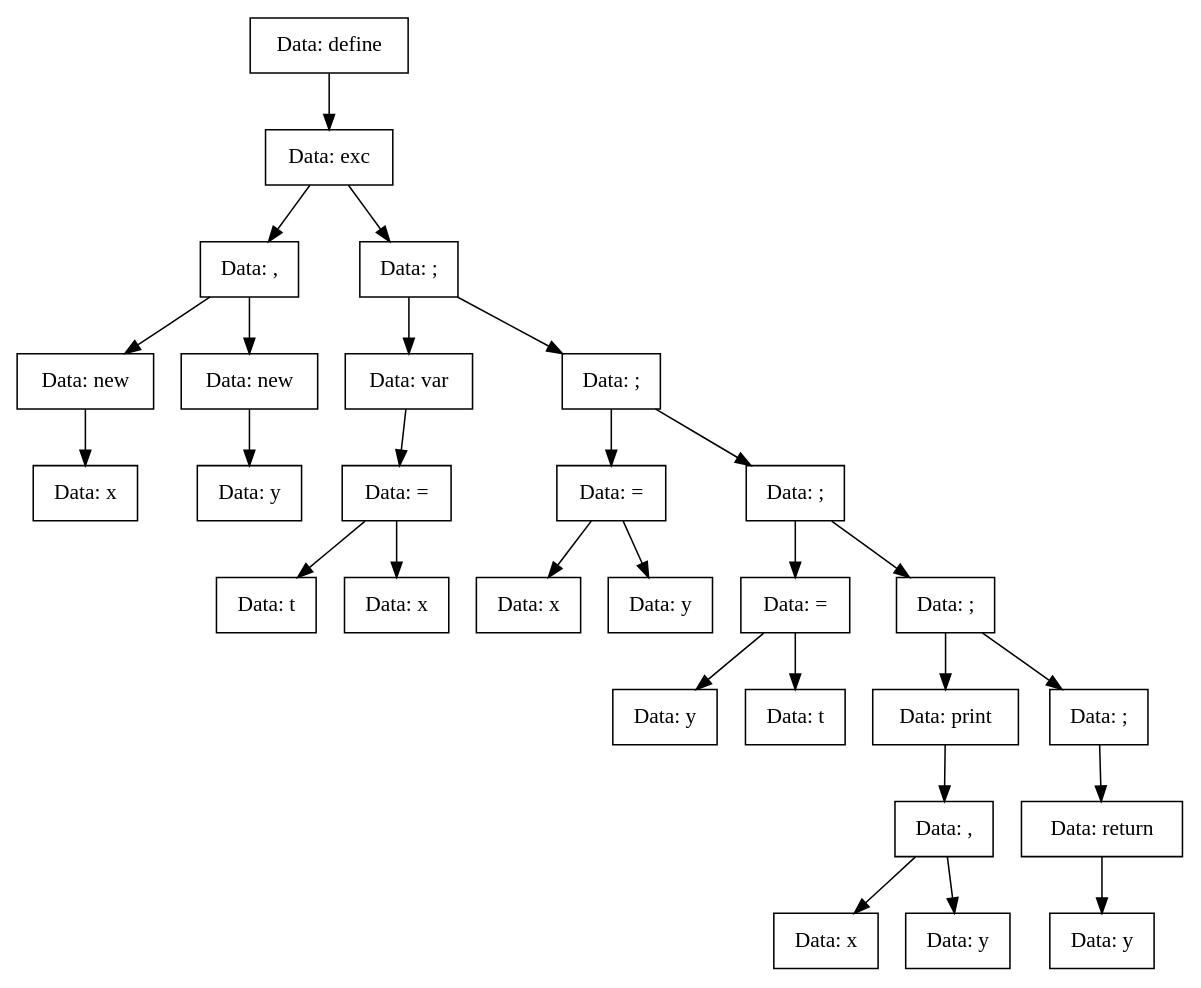
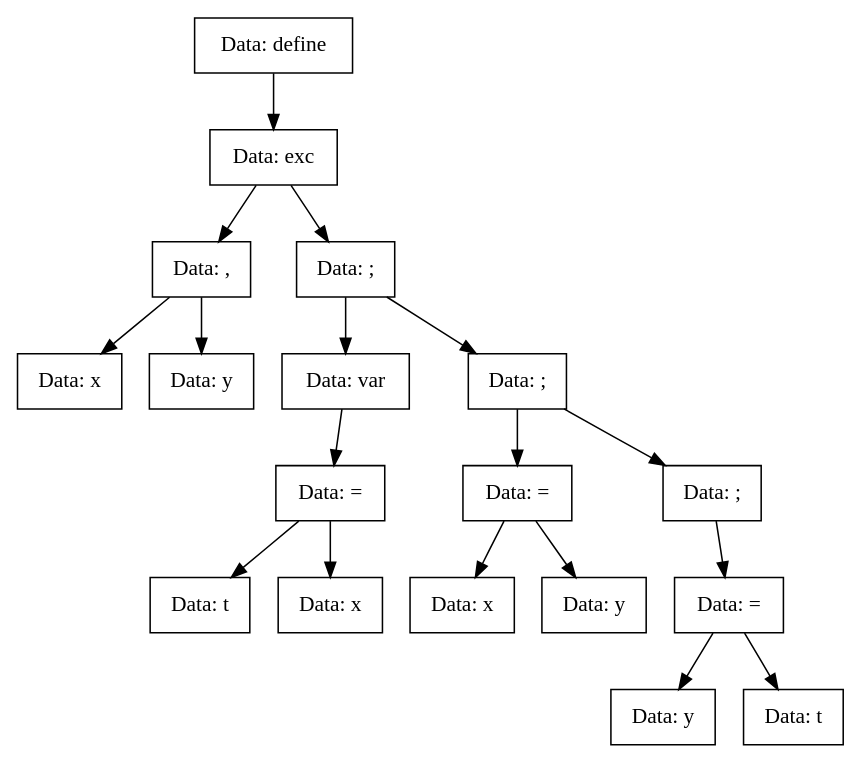
The diagram in TreeDump/exc-utf8.dot (vorontsov-amd/Compiller), drawn with Graphviz before and after one commit. The commit also changed 13 other files, not shown here.

```diff
--- a/TreeDump/exc-utf8.dot
+++ b/TreeDump/exc-utf8.dot
@@ -1,57 +1,37 @@
 digraph exc{
-Node0x5641e3ba17f0[shape="record", label="Data: define"];
-Node0x5641e3ba1c50[shape="record", label="Data: exc"];
-Node0x5641e3ba1cf0[shape="record", label="Data: ,"];
-Node0x5641e3ba19d0[shape="record", label="Data: new"];
-Node0x5641e3ba1980[shape="record", label="Data: x"];
-Node0x5641e3ba19d0->Node0x5641e3ba1980;
-Node0x5641e3ba1cf0->Node0x5641e3ba19d0;
-Node0x5641e3ba18e0[shape="record", label="Data: new"];
-Node0x5641e3ba1930[shape="record", label="Data: y"];
-Node0x5641e3ba18e0->Node0x5641e3ba1930;
-Node0x5641e3ba1cf0->Node0x5641e3ba18e0;
-Node0x5641e3ba1c50->Node0x5641e3ba1cf0;
-Node0x5641e3ba1ca0[shape="record", label="Data: ;"];
-Node0x5641e3ba2980[shape="record", label="Data: var"];
-Node0x5641e3ba2930[shape="record", label="Data: ="];
-Node0x5641e3ba1a70[shape="record", label="Data: t"];
-Node0x5641e3ba2930->Node0x5641e3ba1a70;
-Node0x5641e3ba1b60[shape="record", label="Data: x"];
-Node0x5641e3ba2930->Node0x5641e3ba1b60;
-Node0x5641e3ba2980->Node0x5641e3ba2930;
-Node0x5641e3ba1ca0->Node0x5641e3ba2980;
-Node0x5641e3ba1ac0[shape="record", label="Data: ;"];
-Node0x5641e3ba1e30[shape="record", label="Data: ="];
-Node0x5641e3ba1a20[shape="record", label="Data: x"];
-Node0x5641e3ba1e30->Node0x5641e3ba1a20;
-Node0x5641e3ba29d0[shape="record", label="Data: y"];
-Node0x5641e3ba1e30->Node0x5641e3ba29d0;
-Node0x5641e3ba1ac0->Node0x5641e3ba1e30;
-Node0x5641e3ba1d90[shape="record", label="Data: ;"];
-Node0x5641e3ba1840[shape="record", label="Data: ="];
-Node0x5641e3ba1d40[shape="record", label="Data: y"];
-Node0x5641e3ba1840->Node0x5641e3ba1d40;
-Node0x5641e3ba1c00[shape="record", label="Data: t"];
-Node0x5641e3ba1840->Node0x5641e3ba1c00;
-Node0x5641e3ba1d90->Node0x5641e3ba1840;
-Node0x5641e3ba28e0[shape="record", label="Data: ;"];
-Node0x5641e3ba1ed0[shape="record", label="Data: print"];
-Node0x5641e3ba1b10[shape="record", label="Data: ,"];
-Node0x5641e3ba1de0[shape="record", label="Data: x"];
-Node0x5641e3ba1b10->Node0x5641e3ba1de0;
-Node0x5641e3ba1f20[shape="record", label="Data: y"];
-Node0x5641e3ba1b10->Node0x5641e3ba1f20;
-Node0x5641e3ba1ed0->Node0x5641e3ba1b10;
-Node0x5641e3ba28e0->Node0x5641e3ba1ed0;
-Node0x5641e3ba1890[shape="record", label="Data: ;"];
-Node0x5641e3ba1bb0[shape="record", label="Data: return"];
-Node0x5641e3ba1e80[shape="record", label="Data: y"];
-Node0x5641e3ba1bb0->Node0x5641e3ba1e80;
-Node0x5641e3ba1890->Node0x5641e3ba1bb0;
-Node0x5641e3ba28e0->Node0x5641e3ba1890;
-Node0x5641e3ba1d90->Node0x5641e3ba28e0;
-Node0x5641e3ba1ac0->Node0x5641e3ba1d90;
-Node0x5641e3ba1ca0->Node0x5641e3ba1ac0;
-Node0x5641e3ba1c50->Node0x5641e3ba1ca0;
-Node0x5641e3ba17f0->Node0x5641e3ba1c50;
+Node0x55e41991c1d0[shape="record", label="Data: define"];
+Node0x55e41991c090[shape="record", label="Data: exc"];
+Node0x55e41991c040[shape="record", label="Data: ,"];
+Node0x55e41991c310[shape="record", label="Data: x"];
+Node0x55e41991c040->Node0x55e41991c310;
+Node0x55e41991c270[shape="record", label="Data: y"];
+Node0x55e41991c040->Node0x55e41991c270;
+Node0x55e41991c090->Node0x55e41991c040;
+Node0x55e41991c180[shape="record", label="Data: ;"];
+Node0x55e41991c130[shape="record", label="Data: var"];
+Node0x55e41991c2c0[shape="record", label="Data: ="];
+Node0x55e41991ca90[shape="record", label="Data: t"];
+Node0x55e41991c2c0->Node0x55e41991ca90;
+Node0x55e41991cae0[shape="record", label="Data: x"];
+Node0x55e41991c2c0->Node0x55e41991cae0;
+Node0x55e41991c130->Node0x55e41991c2c0;
+Node0x55e41991c180->Node0x55e41991c130;
+Node0x55e41991ca40[shape="record", label="Data: ;"];
+Node0x55e41991c9f0[shape="record", label="Data: ="];
+Node0x55e41991c400[shape="record", label="Data: x"];
+Node0x55e41991c9f0->Node0x55e41991c400;
+Node0x55e41991c220[shape="record", label="Data: y"];
+Node0x55e41991c9f0->Node0x55e41991c220;
+Node0x55e41991ca40->Node0x55e41991c9f0;
+Node0x55e41991c0e0[shape="record", label="Data: ;"];
+Node0x55e41991c360[shape="record", label="Data: ="];
+Node0x55e41991c3b0[shape="record", label="Data: y"];
+Node0x55e41991c360->Node0x55e41991c3b0;
+Node0x55e41991c9a0[shape="record", label="Data: t"];
+Node0x55e41991c360->Node0x55e41991c9a0;
+Node0x55e41991c0e0->Node0x55e41991c360;
+Node0x55e41991ca40->Node0x55e41991c0e0;
+Node0x55e41991c180->Node0x55e41991ca40;
+Node0x55e41991c090->Node0x55e41991c180;
+Node0x55e41991c1d0->Node0x55e41991c090;
 }
```
